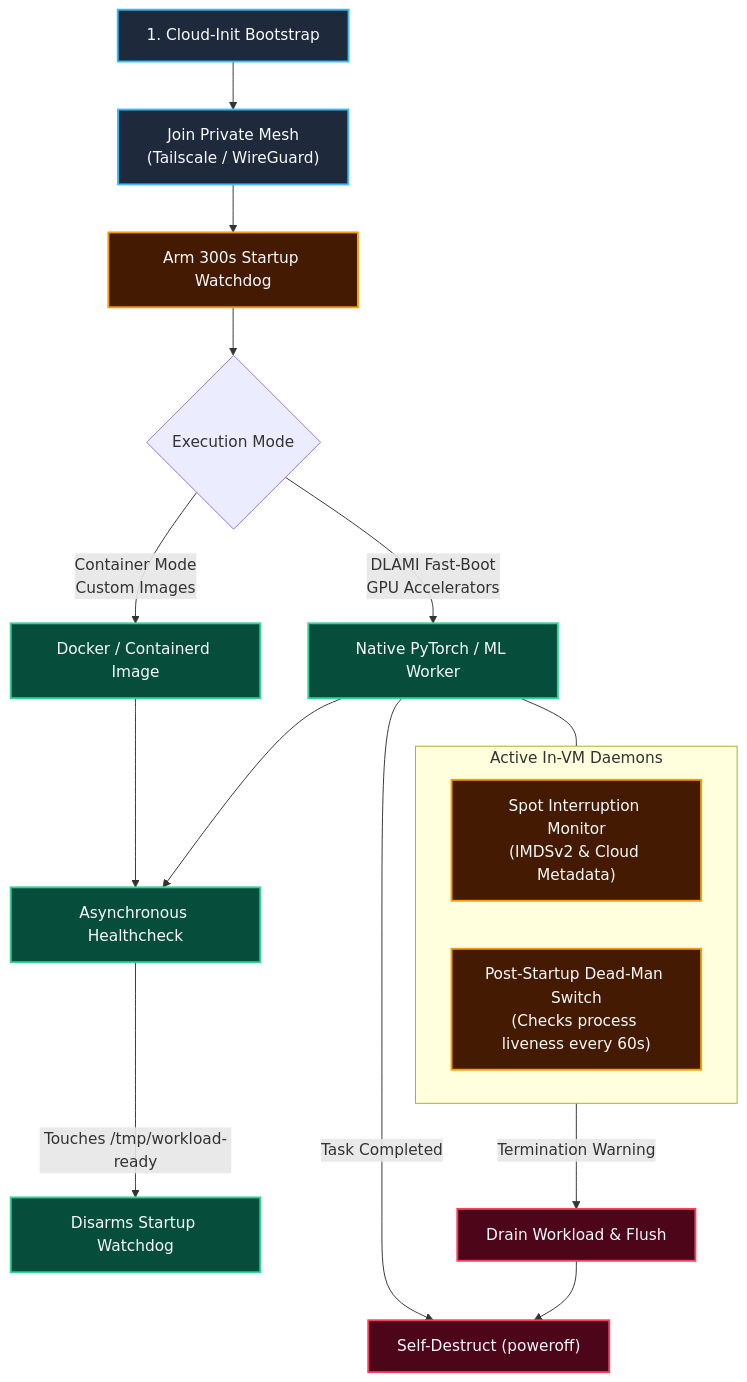
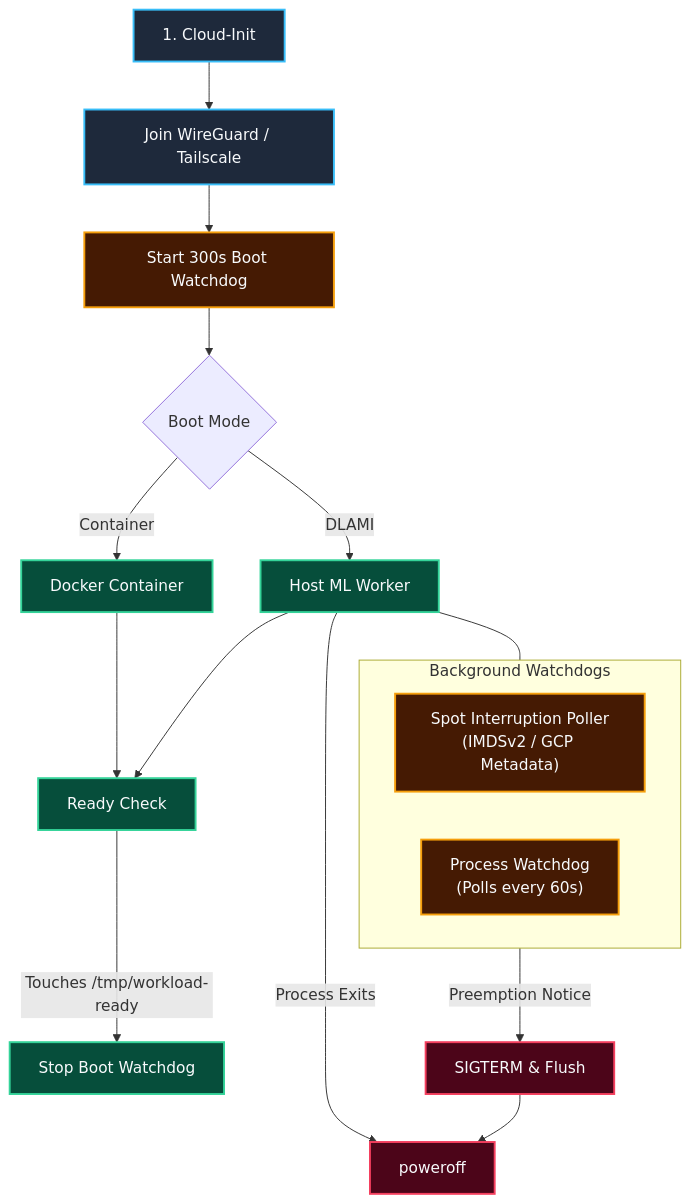
One commit to simonepri/interlink-cloudvm-plugin changed the sixth of 8 diagrams in readme.md. Above: the diagram before and after it, drawn with Mermaid. The commit also changed other lines of this file, not shown here.

````diff
--- a/readme.md
+++ b/readme.md
@@ -232,34 +201,31 @@
 ```mermaid
 flowchart TD
     classDef init fill:#1E293B,stroke:#38BDF8,stroke-width:2px,color:#F8FAFC
     classDef runtime fill:#064E3B,stroke:#34D399,stroke-width:2px,color:#F8FAFC
     classDef watch fill:#451A03,stroke:#F59E0B,stroke-width:2px,color:#F8FAFC
     classDef exit fill:#4C0519,stroke:#F43F5E,stroke-width:2px,color:#F8FAFC
 
-    Start["1. Cloud-Init Bootstrap"]:::init --> Mesh["Join Private Mesh
-(Tailscale / WireGuard)"]:::init
-    Mesh --> Arm["Arm 300s Startup Watchdog"]:::watch
+    Start["1. Cloud-Init"]:::init --> Mesh["Join WireGuard / Tailscale"]:::init
+    Mesh --> Arm["Start 300s Boot Watchdog"]:::watch
     
-    Arm --> Mode{"Execution Mode"}
-    Mode -->|"DLAMI Fast-Boot
-GPU Accelerators"| Native["Native PyTorch / ML Worker"]:::runtime
-    Mode -->|"Container Mode
-Custom Images"| Docker["Docker / Containerd Image"]:::runtime
+    Arm --> Mode{"Boot Mode"}
+    Mode -->|DLAMI| Native["Host ML Worker"]:::runtime
+    Mode -->|Container| Docker["Docker Container"]:::runtime
 
-    Native --> Health["Asynchronous Healthcheck"]:::runtime
+    Native --> Health["Ready Check"]:::runtime
     Docker --> Health
-    Health -->|Touches /tmp/workload-ready| Disarm["Disarms Startup Watchdog"]:::runtime
+    Health -->|Touches /tmp/workload-ready| Disarm["Stop Boot Watchdog"]:::runtime
 
-    subgraph Monitors["Active In-VM Daemons"]
+    subgraph Monitors["Background Watchdogs"]
         direction LR
-        Preempt["Spot Interruption Monitor
-(IMDSv2 & Cloud Metadata)"]:::watch
-        DeadMan["Post-Startup Dead-Man Switch
-(Checks process liveness every 60s)"]:::watch
+        Preempt["Spot Interruption Poller
+(IMDSv2 / GCP Metadata)"]:::watch
+        DeadMan["Process Watchdog
+(Polls every 60s)"]:::watch
     end
     Native --- Monitors
 
-    Preempt -->|"Termination Warning"| Drain["Drain Workload & Flush"]:::exit
-    Drain --> Terminate["Self-Destruct (poweroff)"]:::exit
-    Native -->|"Task Completed"| Terminate
+    Preempt -->|Preemption Notice| Drain["SIGTERM & Flush"]:::exit
+    Drain --> Terminate["poweroff"]:::exit
+    Native -->|Process Exits| Terminate
 ```
````
